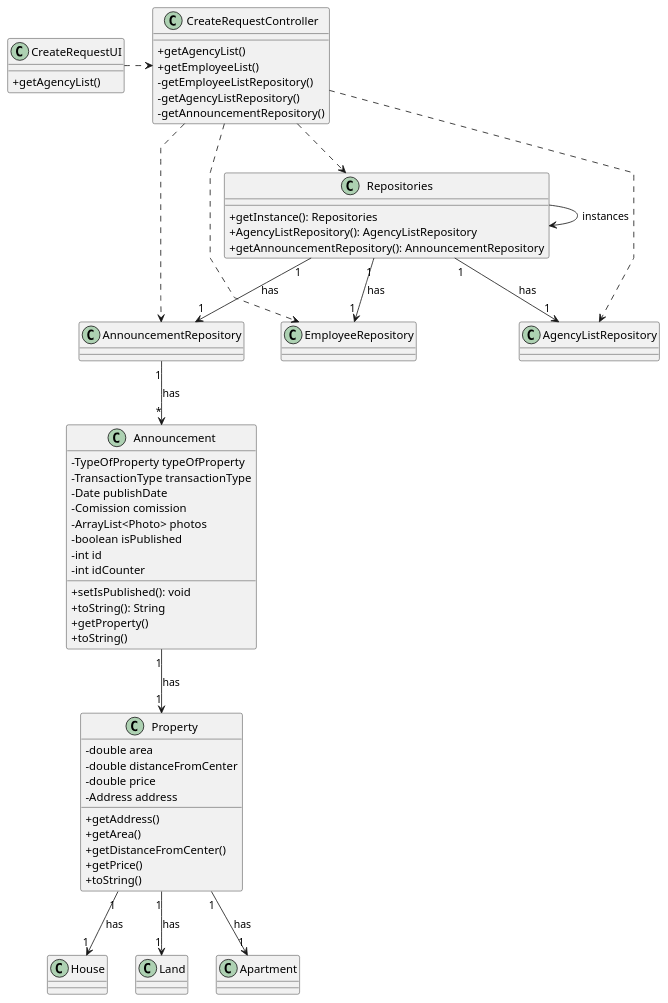
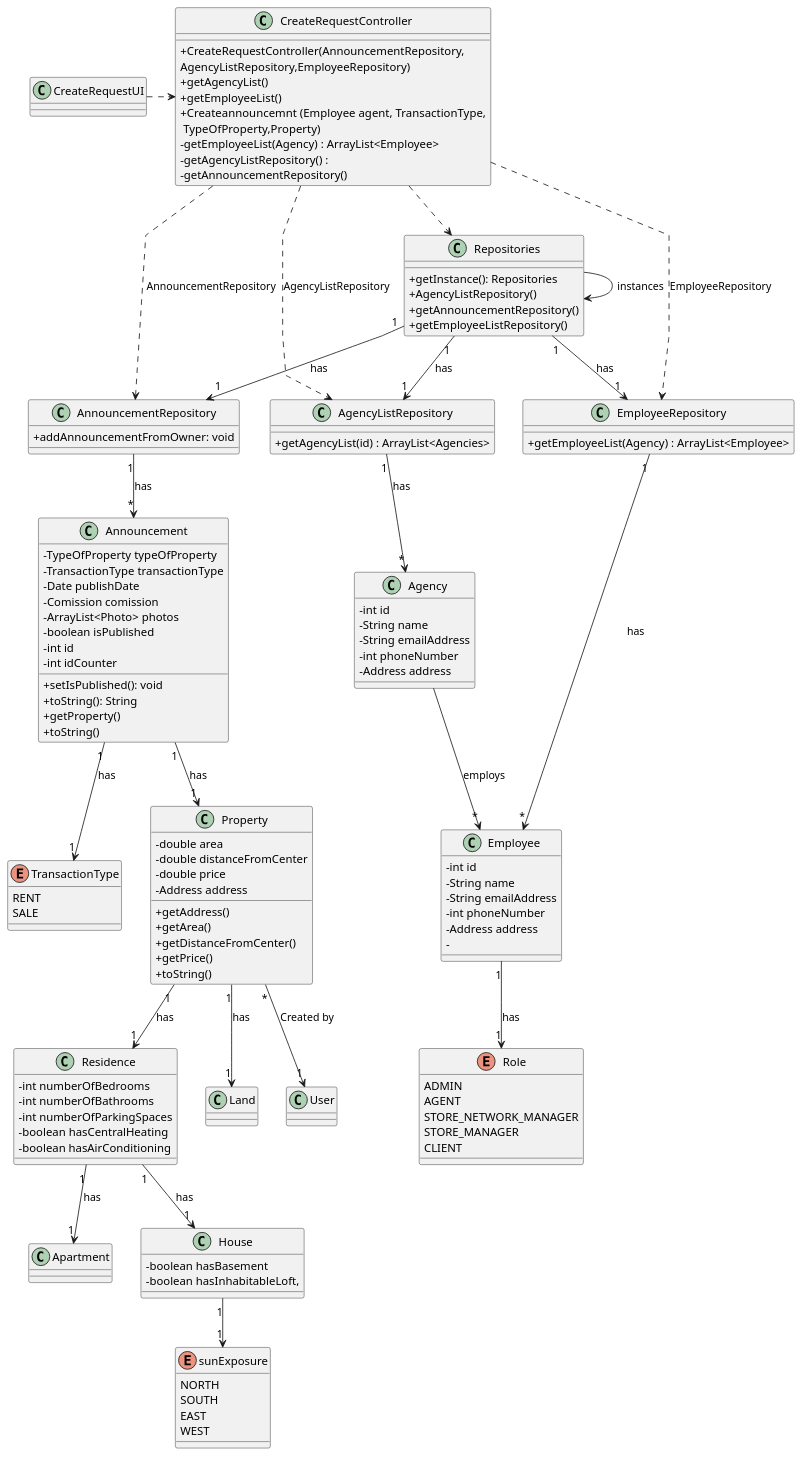
The diagram in docs/sprintB/us004/03.design/puml/us004-class-diagram.puml (Goncalves2525/real-estate-management-system), drawn with PlantUML before and after one commit. The commit also changed 2 other files, not shown here.

```diff
--- a/docs/sprintB/us004/03.design/puml/us004-class-diagram.puml
+++ b/docs/sprintB/us004/03.design/puml/us004-class-diagram.puml
@@ -2,118 +2,178 @@
 @startuml
 
 'skinparam monochrome true
 
 skinparam packageStyle rectangle
 
 skinparam shadowing false
 
 skinparam linetype polyline
 
 'skinparam linetype orto
 
 
 
 
 skinparam classAttributeIconSize 0
 
 
 class Announcement {
 +setIsPublished(): void
 +toString(): String
 }
 
+enum TransactionType {
+    RENT
+    SALE
+}
+
 class AnnouncementRepository {
++addAnnouncementFromOwner: void
 
 }
 
 class AgencyListRepository{
++getAgencyList(id) : ArrayList<Agencies>
 
 }
 
 class EmployeeRepository{
++getEmployeeList(Agency) : ArrayList<Employee>
 }
 
 
 
 
 class Repositories {
 +getInstance(): Repositories
-+AgencyListRepository(): AgencyListRepository
-+getAnnouncementRepository(): AnnouncementRepository
++AgencyListRepository()
++getAnnouncementRepository()
++getEmployeeListRepository()
 }
 
 
 
 
 class CreateRequestController {
++CreateRequestController(AnnouncementRepository,\nAgencyListRepository,EmployeeRepository)
 +getAgencyList()
 +getEmployeeList()
--getEmployeeListRepository()
--getAgencyListRepository()
++Createannouncemnt (Employee agent, TransactionType,\n TypeOfProperty,Property)
+-getEmployeeList(Agency) : ArrayList<Employee>
+-getAgencyListRepository() :
 -getAnnouncementRepository()
 }
 
 
 
 
 class CreateRequestUI {
-+getAgencyList()
-
 }
 
 class Property{
     - double area
     - double distanceFromCenter
     - double price
     - Address address
     + getAddress()
     + getArea()
     + getDistanceFromCenter()
     + getPrice()
     + toString()
 }
 class Announcement {
     - TypeOfProperty typeOfProperty
     - TransactionType transactionType
     - Date publishDate
     - Comission comission
     - ArrayList<Photo> photos
     - boolean isPublished
     - int id
     - int idCounter
     + getProperty()
     + toString()
 }
-class House {
+class Residence {
+-int numberOfBedrooms
+-int numberOfBathrooms
+-int numberOfParkingSpaces
+-boolean hasCentralHeating
+-boolean hasAirConditioning
+}
+
+enum sunExposure{
+NORTH
+SOUTH
+EAST
+WEST
 }
 class Land {
 }
 class Apartment {
-
+}
+class House {
+-boolean hasBasement
+-boolean hasInhabitableLoft,
 }
 
+class Agency{
+- int id
+- String name
+- String emailAddress
+- int phoneNumber
+- Address address
+}
 
+class Employee{
+- int id
+- String name
+- String emailAddress
+- int phoneNumber
+- Address address
+-
+}
 
-Repositories -> Repositories : instances
+enum Role{
+ADMIN
+AGENT
+STORE_NETWORK_MANAGER
+STORE_MANAGER
+CLIENT
+}
+
+class User{
+}
+
 
 CreateRequestUI .> CreateRequestController
 
 CreateRequestController ..> Repositories
-
+Repositories --> Repositories : instances
 Repositories "1" --> "1" AgencyListRepository : has
 Repositories "1" --> "1" AnnouncementRepository : has
 Repositories "1" --> "1" EmployeeRepository : has
 
-CreateRequestController ..> AnnouncementRepository
-CreateRequestController ..> AgencyListRepository
-CreateRequestController ..> EmployeeRepository
+CreateRequestController ..> AnnouncementRepository : AnnouncementRepository
+CreateRequestController ..> AgencyListRepository : AgencyListRepository
+CreateRequestController ..> EmployeeRepository : EmployeeRepository
 
 AnnouncementRepository "1" --> "*" Announcement : has
 
 Announcement "1" --> "1" Property : has
+Announcement "1" --> "1" TransactionType : has
 
-Property "1" --> "1" House : has
+Property "1" --> "1" Residence : has
 Property "1" --> "1" Land : has
-Property "1" --> "1" Apartment : has
+Residence  "1" --> "1" Apartment : has
+Residence  "1" --> "1" House : has
+House "1" --> "1" sunExposure
 
+AgencyListRepository "1" --> "*" Agency : has
+
+EmployeeRepository "1" --> "*" Employee : has
+Employee "1" --> "1" Role : has
+
+Agency --> "*" Employee : employs
+
+Property "*" --> "1" User : Created by
 @enduml
```
